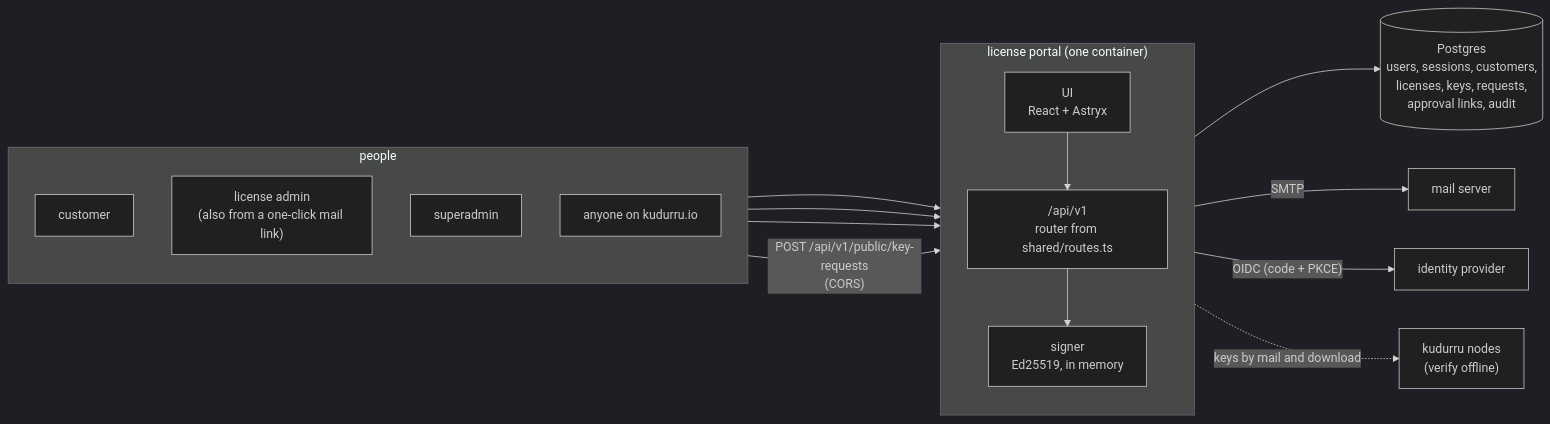
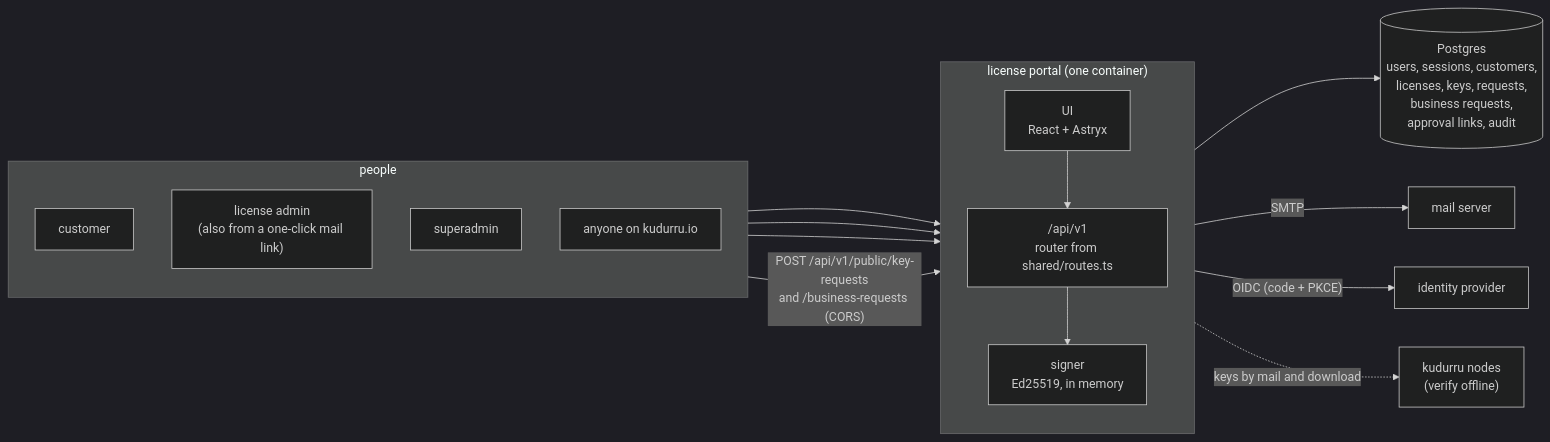
Before and after one commit to robertherbaugh/kudurru: the first of 8 diagrams in license-server/docs/architecture.md, drawn with Mermaid (dark theme). The commit also changed other lines of this file and 47 other files, not shown here.

````diff
--- a/license-server/docs/architecture.md
+++ b/license-server/docs/architecture.md
@@ -14,26 +14,26 @@
 ```mermaid
 flowchart LR
     subgraph people["people"]
         direction TB
         C["customer"]
         A["license admin<br/>(also from a one-click mail link)"]
         S["superadmin"]
         F["anyone on kudurru.io"]
     end
     subgraph portal["license portal (one container)"]
         direction TB
         UI["UI<br/>React + Astryx"]
         API["/api/v1<br/>router from shared/routes.ts"]
         SIGN["signer<br/>Ed25519, in memory"]
         UI --> API
         API --> SIGN
     end
     C --> UI
     A --> UI
     S --> UI
-    F -->|"POST /api/v1/public/key-requests<br/>(CORS)"| API
-    API --> PG[("Postgres<br/>users, sessions, customers,<br/>licenses, keys, requests,<br/>approval links, audit")]
+    F -->|"POST /api/v1/public/key-requests<br/>and /business-requests (CORS)"| API
+    API --> PG[("Postgres<br/>users, sessions, customers,<br/>licenses, keys, requests,<br/>business requests,<br/>approval links, audit")]
     API -->|"SMTP"| MAIL["mail server"]
     API -->|"OIDC (code + PKCE)"| IDP["identity provider"]
     SIGN -. "keys by mail and download" .-> N["kudurru nodes<br/>(verify offline)"]
 ```
````
